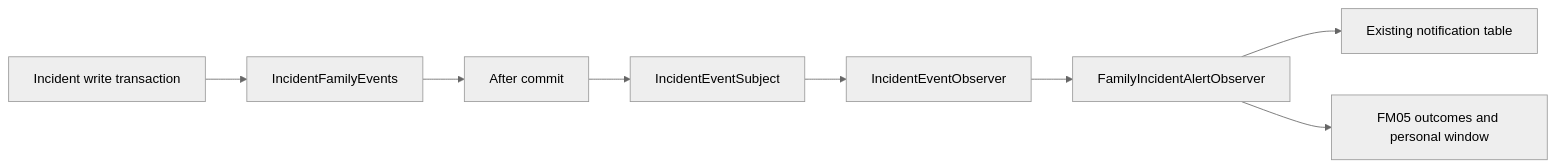
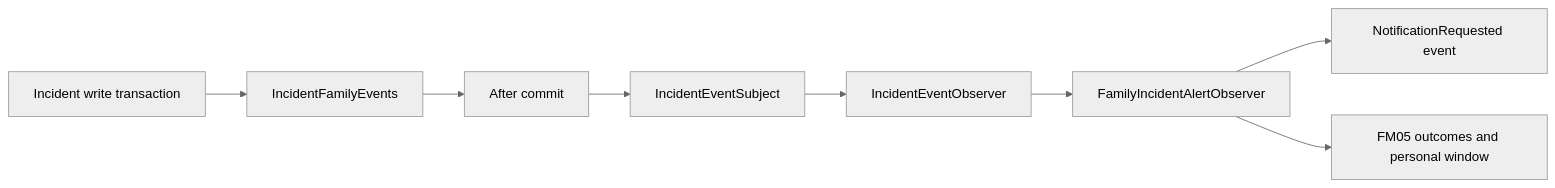
Before and after one commit to Care-Giver-SE-Team2/carelink-platform: the diagram in docs/design/family/FM05-observer-integration.md, drawn with Mermaid (neutral theme). The commit also changed other lines of this file and 46 other files, not shown here.

First line of the commit message:
Send every notification as an event

````diff
--- a/docs/design/family/FM05-observer-integration.md
+++ b/docs/design/family/FM05-observer-integration.md
@@ -21,10 +27,10 @@
 ```mermaid
 flowchart LR
   A[Incident write transaction] --> B[IncidentFamilyEvents]
   B --> C[After commit]
   C --> D[IncidentEventSubject]
   D --> E[IncidentEventObserver]
   E --> F[FamilyIncidentAlertObserver]
-  F --> G[Existing notification table]
+  F --> G[NotificationRequested event]
   F --> H[FM05 outcomes and personal window]
 ```
````
